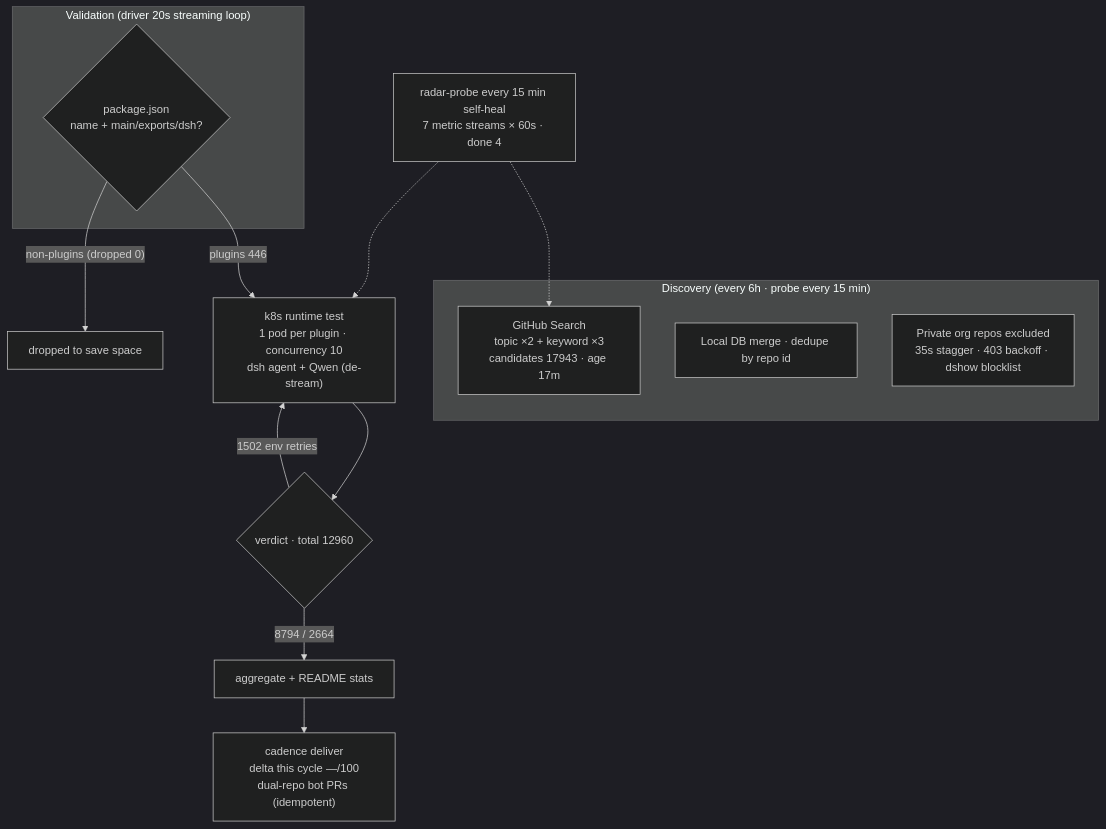
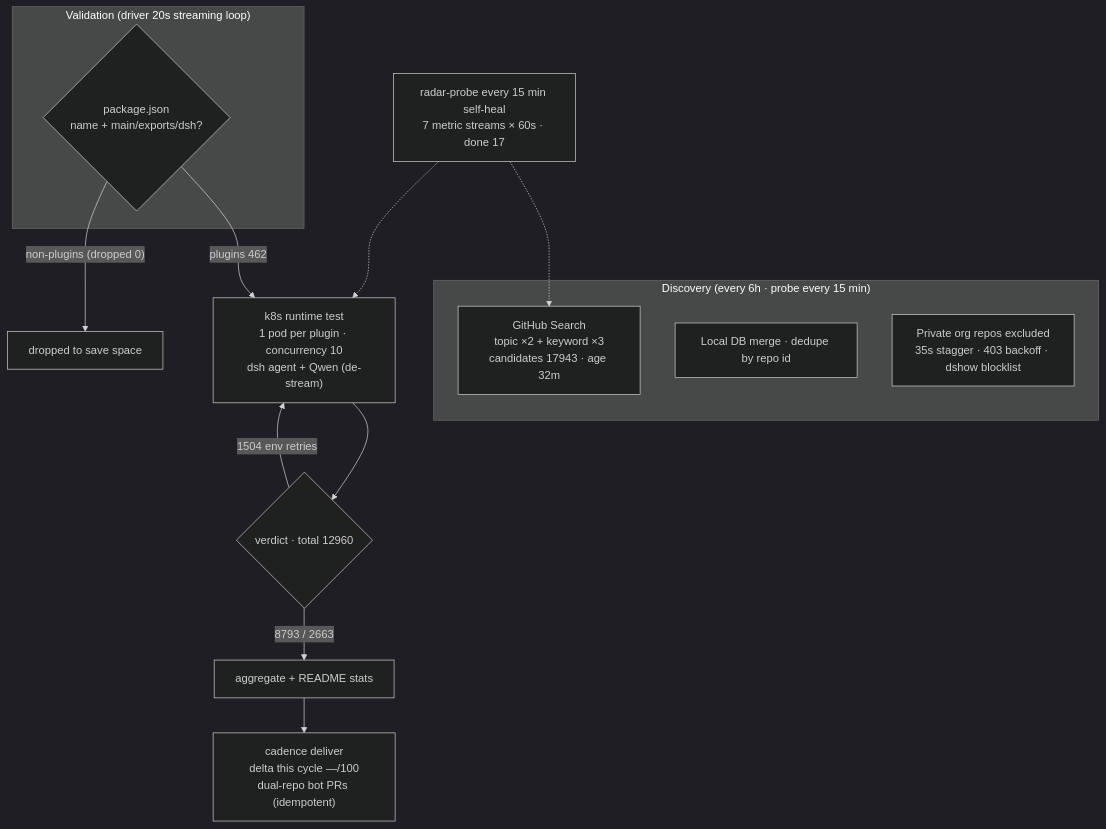
Before and after one commit to AdamPlatin123/awesome-dsh-plugins: the diagram in README.en-US.md, drawn with Mermaid (dark theme). The commit also changed other lines of this file and 5 other files, not shown here.

````diff
--- a/README.en-US.md
+++ b/README.en-US.md
@@ -45,20 +45,20 @@
 ```mermaid
 flowchart TB
     subgraph Discovery["Discovery (every 6h · probe every 15 min)"]
-        A1["GitHub Search<br/>topic ×2 + keyword ×3<br/>candidates 17943 · age 17m"]
+        A1["GitHub Search<br/>topic ×2 + keyword ×3<br/>candidates 17943 · age 32m"]
         A2["Local DB merge · dedupe by repo id"]
         A3["Private org repos excluded<br/>35s stagger · 403 backoff · dshow blocklist"]
     end
     subgraph Validation["Validation (driver 20s streaming loop)"]
         B1{"package.json<br/>name + main/exports/dsh?"}
     end
-    B1 -->|"plugins 446"| C1["k8s runtime test<br/>1 pod per plugin · concurrency 10<br/>dsh agent + Qwen (de-stream)"]
+    B1 -->|"plugins 462"| C1["k8s runtime test<br/>1 pod per plugin · concurrency 10<br/>dsh agent + Qwen (de-stream)"]
     B1 -->|"non-plugins (dropped 0)"| B3["dropped to save space"]
     C1 --> D1{"verdict · total 12960"}
-    D1 -->|"8794 / 2664"| E1["aggregate + README stats"]
-    D1 -->|"1502 env retries"| C1
+    D1 -->|"8793 / 2663"| E1["aggregate + README stats"]
+    D1 -->|"1504 env retries"| C1
     E1 --> E2["cadence deliver<br/>delta this cycle —/100<br/>dual-repo bot PRs (idempotent)"]
-    M["radar-probe every 15 min self-heal<br/>7 metric streams × 60s · done 4"]
+    M["radar-probe every 15 min self-heal<br/>7 metric streams × 60s · done 17"]
     M -.-> A1
     M -.-> C1
 ```
````
